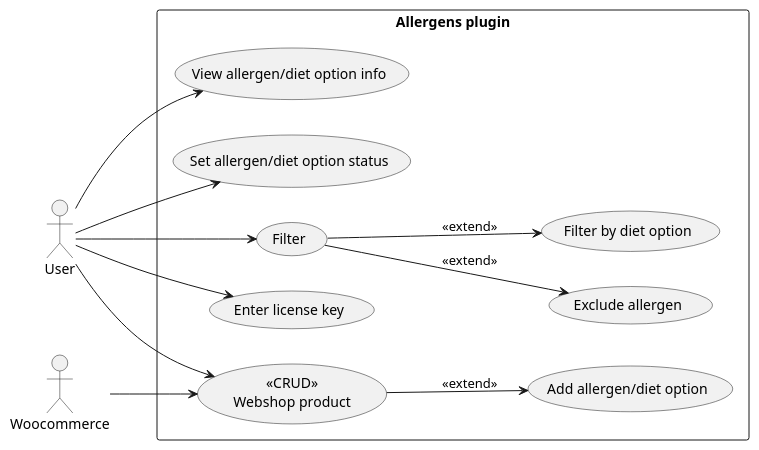
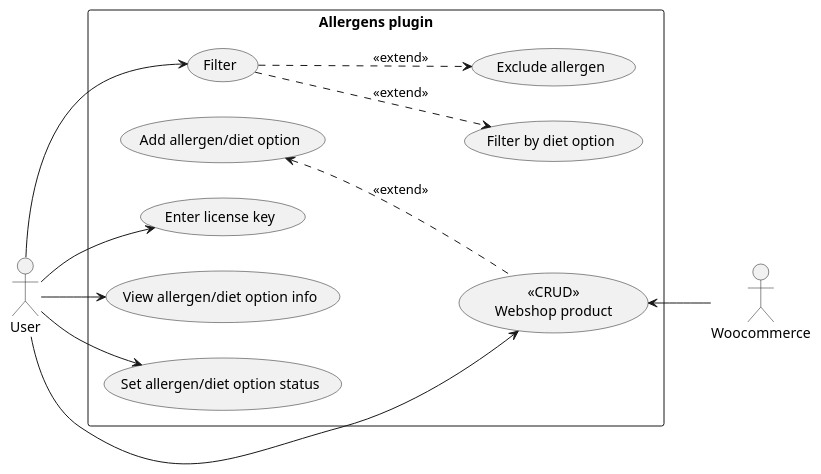
Before and after one commit to VerdiB/wp_allergenen_free: the diagram in UML/UseCase.puml, drawn with PlantUML. The commit also changed other lines of this file and 1 other file, not shown here.

Commit message:
Small changes to diagrams

```diff
--- a/UML/UseCase.puml
+++ b/UML/UseCase.puml
@@ -1,31 +1,31 @@
 @startuml UseCase
 left to right direction
 skinparam packageStyle rectangle
 
 actor User
 actor Woocommerce
 
 rectangle "Allergens plugin" {
   
   usecase "Filter" as UC_Filter
   usecase "Exclude allergen" as UC_Exclude
   usecase "Filter by diet option" as UC_Diet
   usecase "Enter license key" as UC_EnterKey
   usecase "<<CRUD>>\nWebshop product" as UC_CRUD
   usecase "Add allergen/diet option" as UC_AddOption
   usecase "View allergen/diet option info" as UC_ViewInfo
   usecase "Set allergen/diet option status" as UC_SetStatus
 
-  UC_Filter --> UC_Exclude : <<extend>>
-  UC_Filter --> UC_Diet : <<extend>>
-  UC_CRUD --> UC_AddOption : <<extend>>
+  UC_Filter ..> UC_Exclude : <<extend>>
+  UC_Filter ..> UC_Diet : <<extend>>
+  UC_CRUD .u.> UC_AddOption : <<extend>>
 
   User --> UC_Filter
   User --> UC_EnterKey
   User --> UC_CRUD
   User --> UC_ViewInfo
   User --> UC_SetStatus
 
-  Woocommerce --> UC_CRUD
+   UC_CRUD <-- Woocommerce
 }
 @enduml
```
